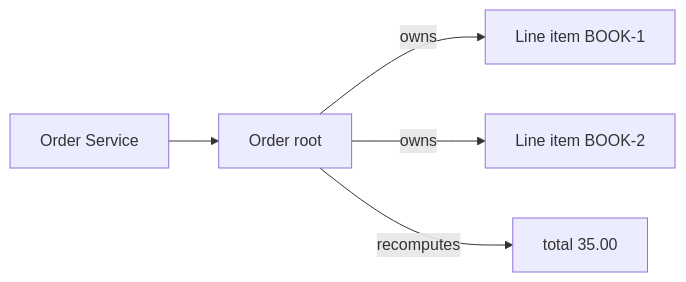
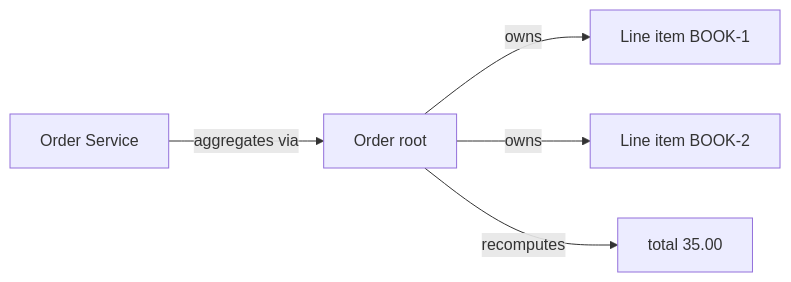
The ninth of 13 diagrams in docs/ch16-aggregate.md (vinayakuber/microservices-io-study-guide), drawn with Mermaid before and after one commit. The commit also changed other lines of this file and 71 other files, not shown here.

First line of the commit message:
R18: label every diagram arrow with its meaning

````diff
--- a/docs/ch16-aggregate.md
+++ b/docs/ch16-aggregate.md
@@ -267,7 +267,7 @@
 ```mermaid
 flowchart LR
-  SVC["Order Service"] --> ROOT["Order root"]
+  SVC["Order Service"] -->|"aggregates via"| ROOT["Order root"]
   ROOT -->|owns| A["Line item BOOK-1"]
   ROOT -->|owns| B["Line item BOOK-2"]
   ROOT -->|recomputes| TOT["total 35.00"]
 ```
````
